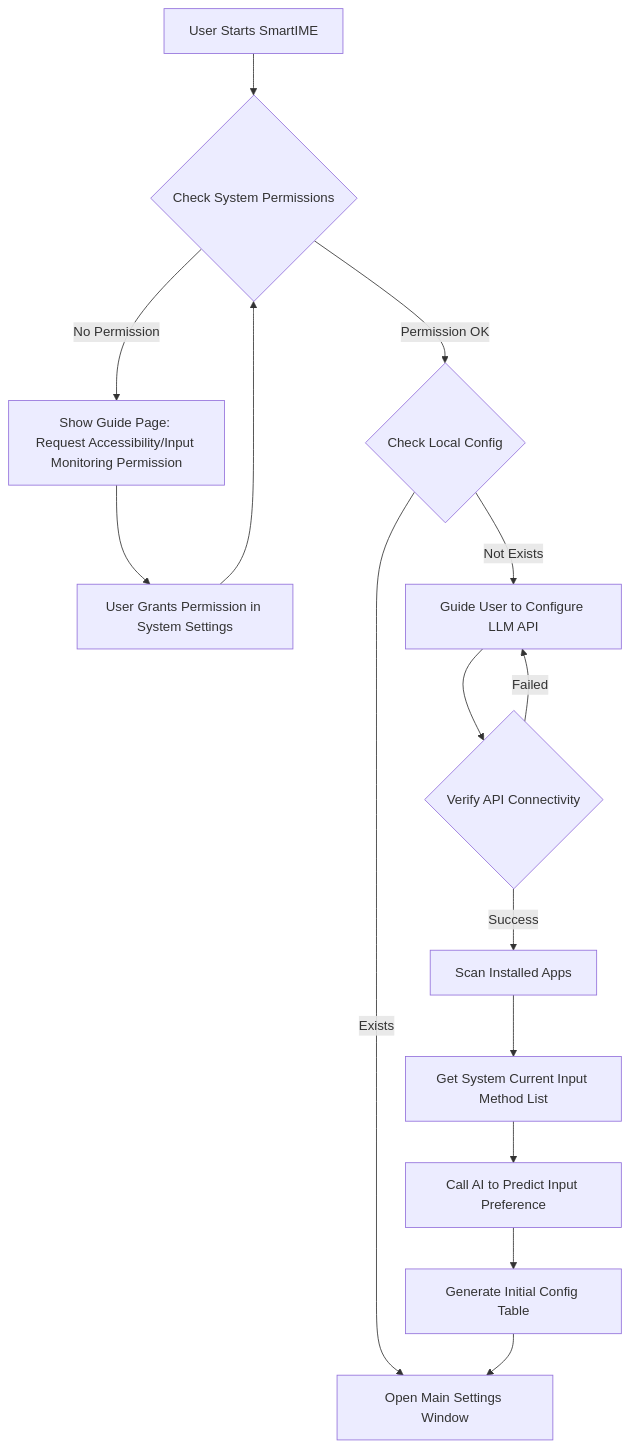
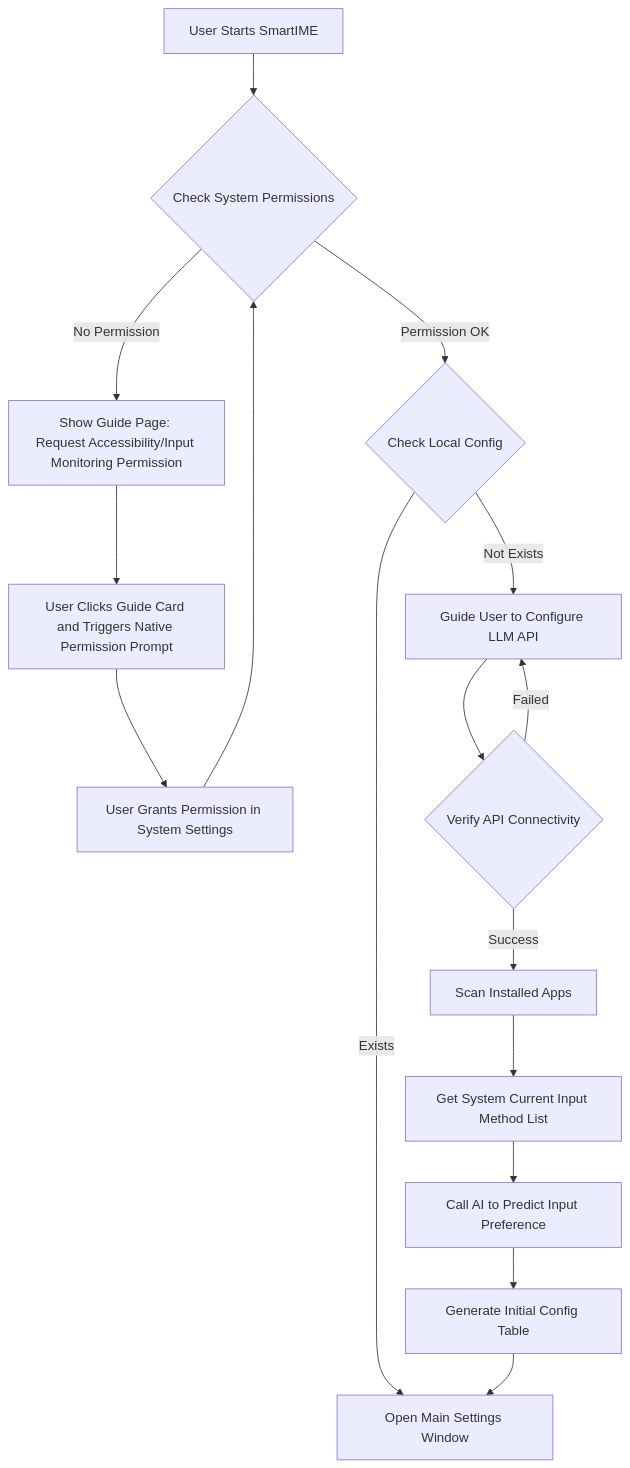
The first of 3 diagrams in REQUIREMENTS.md (SummerLiu95/SmartIME), drawn with Mermaid before and after one commit. The commit also changed other lines of this file and 4 other files, not shown here.

````diff
--- a/REQUIREMENTS.md
+++ b/REQUIREMENTS.md
@@ -17,17 +17,18 @@
 ```mermaid
 graph TD
     A[User Starts SmartIME] --> B{Check System Permissions}
     B -- No Permission --> C[Show Guide Page: Request Accessibility/Input Monitoring Permission]
-    C --> D[User Grants Permission in System Settings]
+    C --> C1[User Clicks Guide Card and Triggers Native Permission Prompt]
+    C1 --> D[User Grants Permission in System Settings]
     D --> B
     B -- Permission OK --> E{Check Local Config}
     E -- Exists --> F[Open Main Settings Window]
     E -- Not Exists --> J[Guide User to Configure LLM API]
     J --> K{Verify API Connectivity}
     K -- Failed --> J
     K -- Success --> G[Scan Installed Apps]
     G --> L[Get System Current Input Method List]
     L --> H[Call AI to Predict Input Preference]
     H --> I[Generate Initial Config Table]
     I --> F
 ```
````
